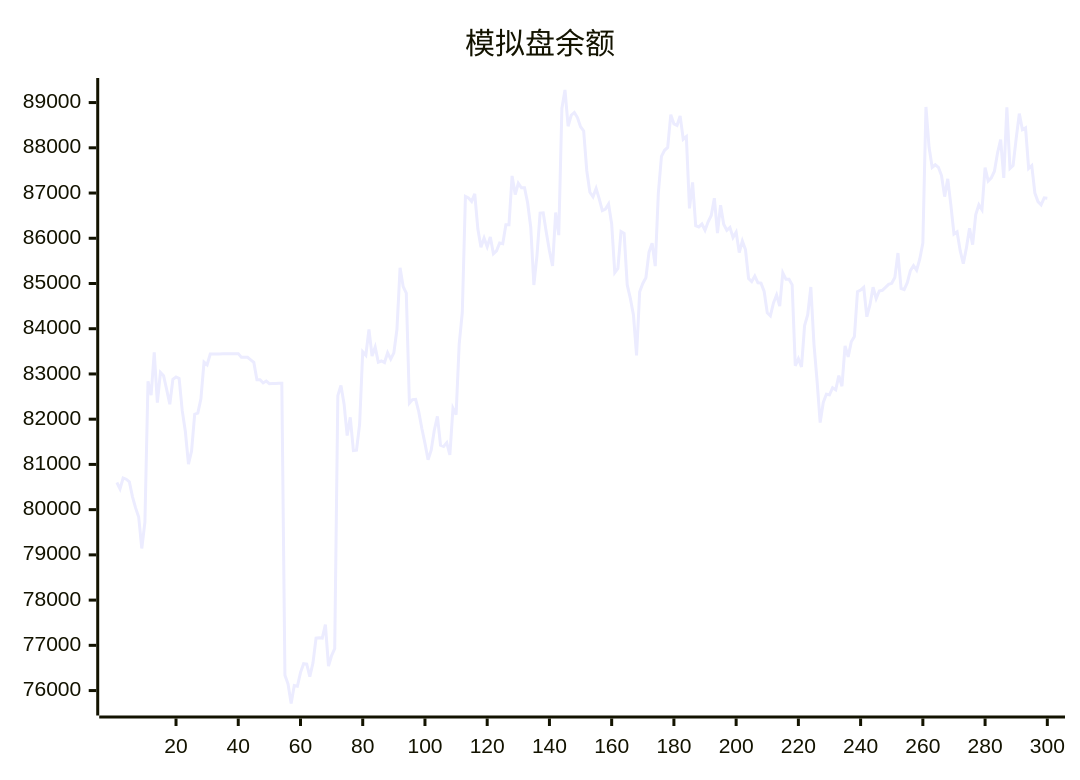
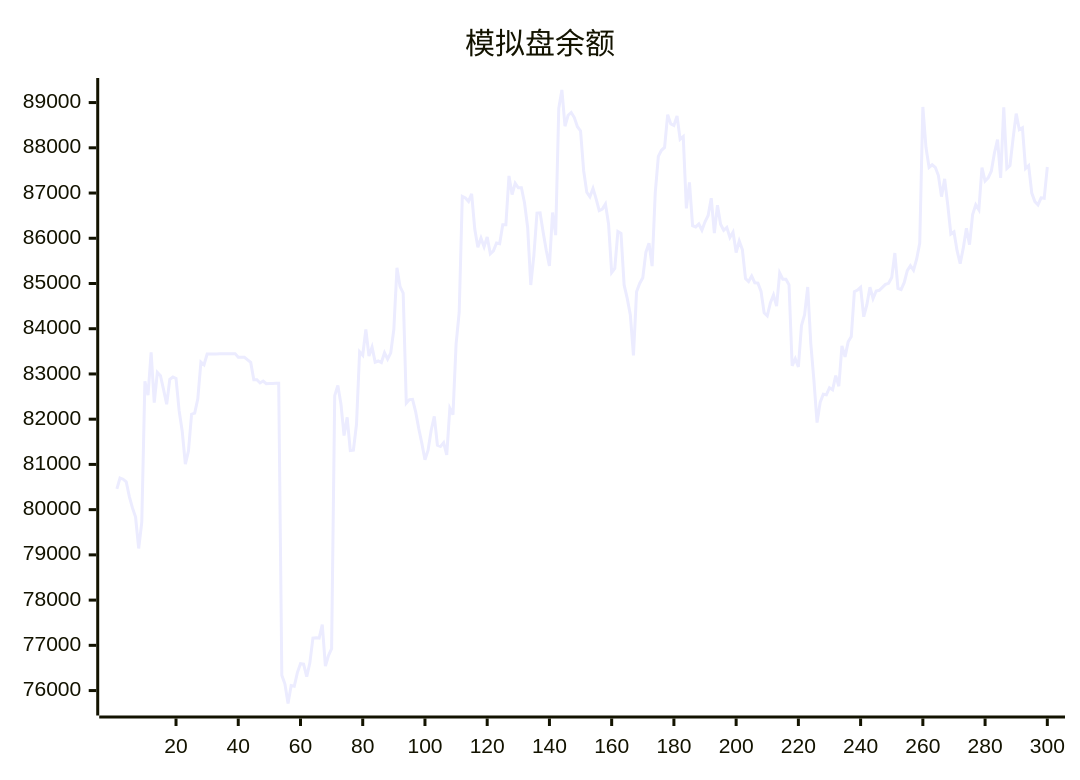
Before and after one commit to aahl/ai-trading: the diagram in README.md, drawn with Mermaid. The commit also changed other lines of this file and 1 other file, not shown here.

````diff
--- a/README.md
+++ b/README.md
@@ -5,5 +5,5 @@
 ```mermaid
 xychart
     title "模拟盘余额"
-    line [80600,80461,80699,80673,80616,80288,80038,79836,79142,79722,82837,82533,83480,82366,83032,82960,82654,82330,82883,82934,82901,82188,81728,81005,81298,82110,82135,82449,83264,83203,83440,83439,83440,83440,83446,83447,83448,83447,83448,83449,83369,83369,83369,83313,83256,82872,82873,82801,82844,82785,82791,82791,82793,82794,76339,76145,75714,76110,76096,76397,76594,76585,76310,76607,77160,77170,77160,77456,76541,76774,76927,82520,82744,82337,81639,82040,81307,81314,81887,83490,83414,83984,83396,83594,83261,83287,83253,83470,83327,83465,83987,85348,84930,84786,82355,82433,82438,82167,81795,81466,81105,81315,81756,82064,81426,81398,81481,81210,82242,82099,83658,84359,86925,86892,86814,86980,86203,85802,86003,85811,86028,85657,85721,85896,85880,86300,86299,87378,86965,87214,87115,87118,86780,86238,84966,85623,86555,86562,86129,85722,85387,86569,86070,88870,89278,88477,88720,88781,88668,88467,88372,87493,87018,86917,87102,86870,86613,86644,86758,86317,85242,85334,86149,86106,84968,84671,84302,83410,84816,85001,85127,85693,85891,85384,87001,87811,87945,88007,88734,88528,88495,88705,88189,88248,86662,87234,86279,86251,86314,86177,86364,86503,86886,86114,86731,86310,86176,86240,86017,86136,85685,85938,85749,85111,85044,85164,85016,85008,84824,84354,84287,84572,84745,84500,85234,85096,85095,84970,83180,83338,83157,84070,84309,84922,83667,82850,81924,82369,82552,82539,82695,82648,82962,82728,83619,83378,83710,83825,84819,84854,84917,84265,84527,84919,84668,84834,84850,84916,84981,85004,85131,85674,84891,84864,85019,85284,85393,85294,85538,85894,88904,88012,87567,87625,87568,87386,86920,87313,86737,86094,86143,85725,85437,85787,86219,85859,86526,86740,86630,87563,87264,87335,87483,87886,88180,87335,88894,87544,87608,88207,88755,88401,88444,87543,87608,87000,86810,86740,86894,86884]
+    line [80461,80699,80673,80616,80288,80038,79836,79142,79722,82837,82533,83480,82366,83032,82960,82654,82330,82883,82934,82901,82188,81728,81005,81298,82110,82135,82449,83264,83203,83440,83439,83440,83440,83446,83447,83448,83447,83448,83449,83369,83369,83369,83313,83256,82872,82873,82801,82844,82785,82791,82791,82793,82794,76339,76145,75714,76110,76096,76397,76594,76585,76310,76607,77160,77170,77160,77456,76541,76774,76927,82520,82744,82337,81639,82040,81307,81314,81887,83490,83414,83984,83396,83594,83261,83287,83253,83470,83327,83465,83987,85348,84930,84786,82355,82433,82438,82167,81795,81466,81105,81315,81756,82064,81426,81398,81481,81210,82242,82099,83658,84359,86925,86892,86814,86980,86203,85802,86003,85811,86028,85657,85721,85896,85880,86300,86299,87378,86965,87214,87115,87118,86780,86238,84966,85623,86555,86562,86129,85722,85387,86569,86070,88870,89278,88477,88720,88781,88668,88467,88372,87493,87018,86917,87102,86870,86613,86644,86758,86317,85242,85334,86149,86106,84968,84671,84302,83410,84816,85001,85127,85693,85891,85384,87001,87811,87945,88007,88734,88528,88495,88705,88189,88248,86662,87234,86279,86251,86314,86177,86364,86503,86886,86114,86731,86310,86176,86240,86017,86136,85685,85938,85749,85111,85044,85164,85016,85008,84824,84354,84287,84572,84745,84500,85234,85096,85095,84970,83180,83338,83157,84070,84309,84922,83667,82850,81924,82369,82552,82539,82695,82648,82962,82728,83619,83378,83710,83825,84819,84854,84917,84265,84527,84919,84668,84834,84850,84916,84981,85004,85131,85674,84891,84864,85019,85284,85393,85294,85538,85894,88904,88012,87567,87625,87568,87386,86920,87313,86737,86094,86143,85725,85437,85787,86219,85859,86526,86740,86630,87563,87264,87335,87483,87886,88180,87335,88894,87544,87608,88207,88755,88401,88444,87543,87608,87000,86810,86740,86894,86884,87576]
 ```
````
